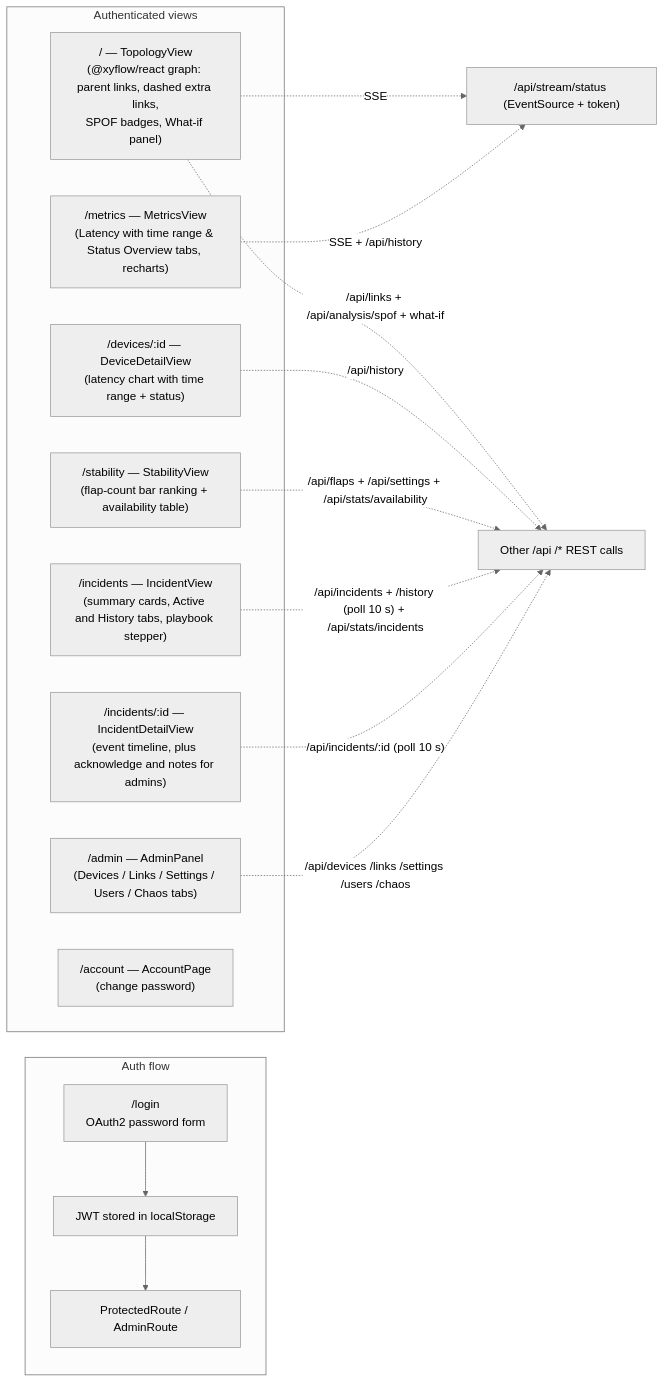
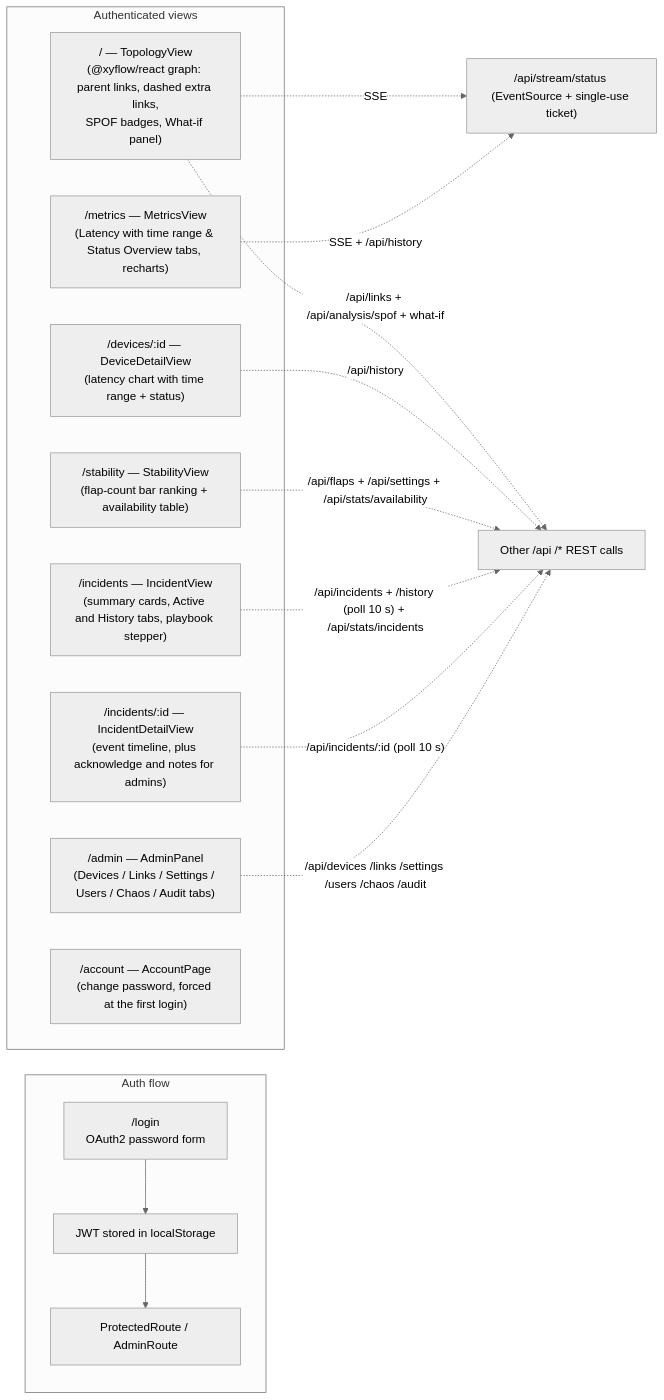
One commit to dumbL4d/network-analyser changed the seventh of 10 diagrams in README.md. Above: the diagram before and after it, drawn with Mermaid (neutral theme). The commit also changed other lines of this file and 49 other files, not shown here.

First line of the commit message:
feat: harden auth, add SSE tickets, login throttling and audit log

````diff
--- a/README.md
+++ b/README.md
@@ -593,27 +666,27 @@
 ```mermaid
 flowchart LR
     subgraph Auth["Auth flow"]
         LOGIN["/login<br/>OAuth2 password form"] --> JWT["JWT stored in localStorage"]
         JWT --> PROD["ProtectedRoute / AdminRoute"]
     end
 
     subgraph Views["Authenticated views"]
         T["/ — TopologyView<br/>(@xyflow/react graph: parent links, dashed extra links,<br/>SPOF badges, What-if panel)"]
         D["/devices/:id — DeviceDetailView<br/>(latency chart with time range + status)"]
         M["/metrics — MetricsView<br/>(Latency with time range & Status Overview tabs, recharts)"]
         S["/stability — StabilityView<br/>(flap-count bar ranking + availability table)"]
         I["/incidents — IncidentView<br/>(summary cards, Active and History tabs, playbook stepper)"]
         IDV["/incidents/:id — IncidentDetailView<br/>(event timeline, plus acknowledge and notes for admins)"]
-        A["/admin — AdminPanel<br/>(Devices / Links / Settings / Users / Chaos tabs)"]
-        C["/account — AccountPage<br/>(change password)"]
+        A["/admin — AdminPanel<br/>(Devices / Links / Settings / Users / Chaos / Audit tabs)"]
+        C["/account — AccountPage<br/>(change password, forced at the first login)"]
     end
 
-    T -. SSE .-> STREAM["/api/stream/status (EventSource + token)"]
+    T -. SSE .-> STREAM["/api/stream/status (EventSource + single-use ticket)"]
     T -. "/api/links + /api/analysis/spof + what-if" .-> REST
     M -. SSE + /api/history .-> STREAM
     D -. /api/history .-> REST["Other /api /* REST calls"]
     S -. "/api/flaps + /api/settings + /api/stats/availability" .-> REST
     I -. "/api/incidents + /history (poll 10 s) + /api/stats/incidents" .-> REST
     IDV -. "/api/incidents/:id (poll 10 s)" .-> REST
-    A -. "/api/devices /links /settings /users /chaos" .-> REST
+    A -. "/api/devices /links /settings /users /chaos /audit" .-> REST
 ```
````
